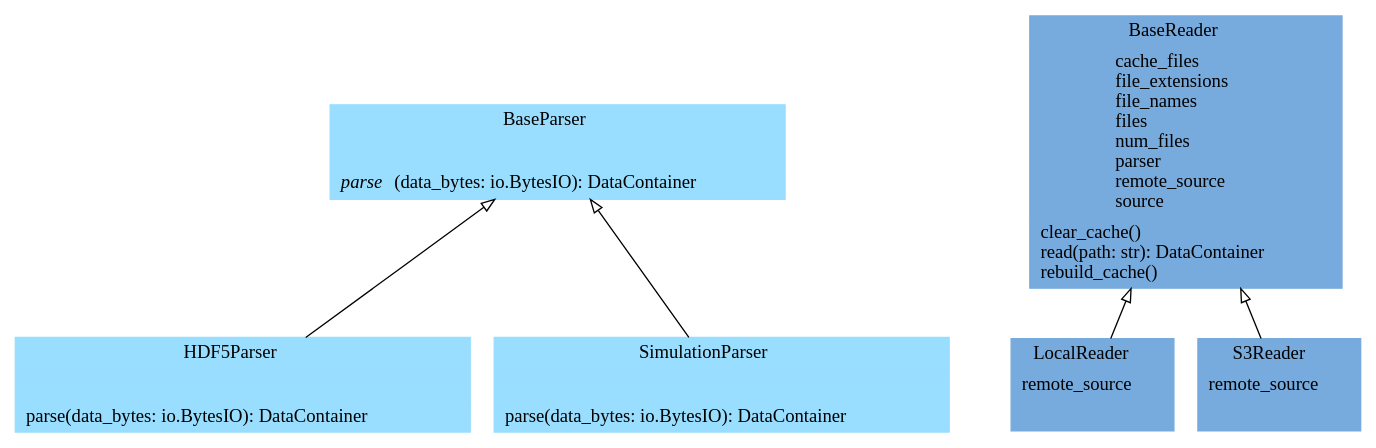
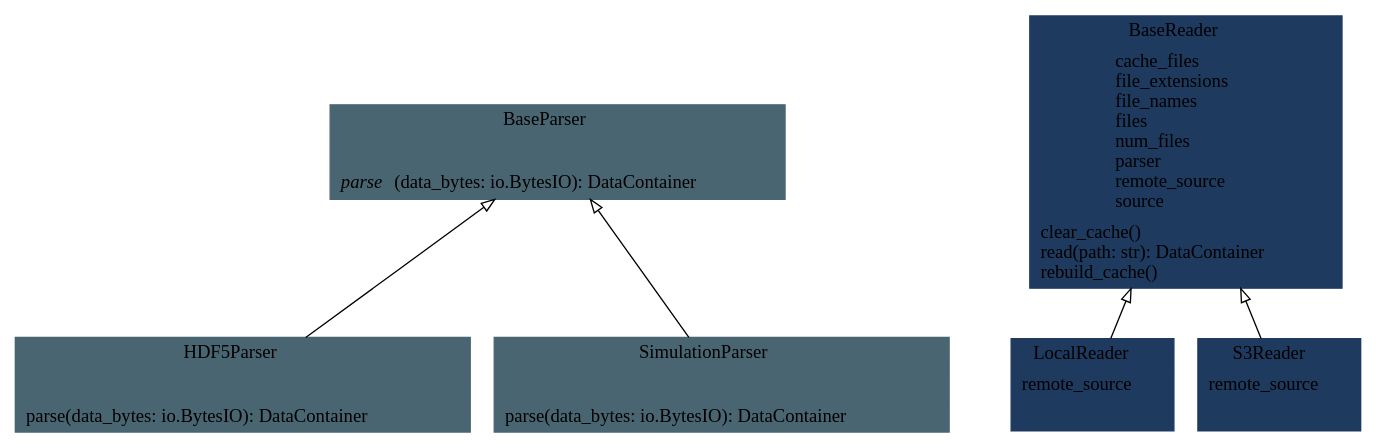
The diagram in docs/pyreverse/classes_pythermondt.readers.gv (voidsy-gmbh/pyThermoNDT), drawn with Graphviz before and after one commit. The commit also changed 25 other files, not shown here.

Commit message:
Update pyreverse diagrams

```diff
--- a/docs/pyreverse/classes_pythermondt.readers.gv
+++ b/docs/pyreverse/classes_pythermondt.readers.gv
@@ -1,14 +1,14 @@
 digraph "classes_pythermondt.readers" {
 rankdir=BT
 charset="utf-8"
-"pythermondt.readers.parsers.base_parser.BaseParser" [color="#99DDFF", fontcolor="black", label=<{BaseParser|<br ALIGN="LEFT"/>|<I>parse</I>(data_bytes: io.BytesIO): DataContainer<br ALIGN="LEFT"/>}>, shape="record", style="filled"];
-"pythermondt.readers.base_reader.BaseReader" [color="#77AADD", fontcolor="black", label=<{BaseReader|cache_files<br ALIGN="LEFT"/>file_extensions<br ALIGN="LEFT"/>file_names<br ALIGN="LEFT"/>files<br ALIGN="LEFT"/>num_files<br ALIGN="LEFT"/>parser<br ALIGN="LEFT"/>remote_source<br ALIGN="LEFT"/>source<br ALIGN="LEFT"/>|clear_cache()<br ALIGN="LEFT"/>read(path: str): DataContainer<br ALIGN="LEFT"/>rebuild_cache()<br ALIGN="LEFT"/>}>, shape="record", style="filled"];
-"pythermondt.readers.parsers.hdf5_parser.HDF5Parser" [color="#99DDFF", fontcolor="black", label=<{HDF5Parser|<br ALIGN="LEFT"/>|parse(data_bytes: io.BytesIO): DataContainer<br ALIGN="LEFT"/>}>, shape="record", style="filled"];
-"pythermondt.readers.local_reader.LocalReader" [color="#77AADD", fontcolor="black", label=<{LocalReader|remote_source<br ALIGN="LEFT"/>|}>, shape="record", style="filled"];
-"pythermondt.readers.s3_reader.S3Reader" [color="#77AADD", fontcolor="black", label=<{S3Reader|remote_source<br ALIGN="LEFT"/>|}>, shape="record", style="filled"];
-"pythermondt.readers.parsers.simulation_parser.SimulationParser" [color="#99DDFF", fontcolor="black", label=<{SimulationParser|<br ALIGN="LEFT"/>|parse(data_bytes: io.BytesIO): DataContainer<br ALIGN="LEFT"/>}>, shape="record", style="filled"];
+"pythermondt.readers.parsers.base_parser.BaseParser" [color="#4A6572", fontcolor="black", label=<{BaseParser|<br ALIGN="LEFT"/>|<I>parse</I>(data_bytes: io.BytesIO): DataContainer<br ALIGN="LEFT"/>}>, shape="record", style="filled"];
+"pythermondt.readers.base_reader.BaseReader" [color="#1E3A5F", fontcolor="black", label=<{BaseReader|cache_files<br ALIGN="LEFT"/>file_extensions<br ALIGN="LEFT"/>file_names<br ALIGN="LEFT"/>files<br ALIGN="LEFT"/>num_files<br ALIGN="LEFT"/>parser<br ALIGN="LEFT"/>remote_source<br ALIGN="LEFT"/>source<br ALIGN="LEFT"/>|clear_cache()<br ALIGN="LEFT"/>read(path: str): DataContainer<br ALIGN="LEFT"/>rebuild_cache()<br ALIGN="LEFT"/>}>, shape="record", style="filled"];
+"pythermondt.readers.parsers.hdf5_parser.HDF5Parser" [color="#4A6572", fontcolor="black", label=<{HDF5Parser|<br ALIGN="LEFT"/>|parse(data_bytes: io.BytesIO): DataContainer<br ALIGN="LEFT"/>}>, shape="record", style="filled"];
+"pythermondt.readers.local_reader.LocalReader" [color="#1E3A5F", fontcolor="black", label=<{LocalReader|remote_source<br ALIGN="LEFT"/>|}>, shape="record", style="filled"];
+"pythermondt.readers.s3_reader.S3Reader" [color="#1E3A5F", fontcolor="black", label=<{S3Reader|remote_source<br ALIGN="LEFT"/>|}>, shape="record", style="filled"];
+"pythermondt.readers.parsers.simulation_parser.SimulationParser" [color="#4A6572", fontcolor="black", label=<{SimulationParser|<br ALIGN="LEFT"/>|parse(data_bytes: io.BytesIO): DataContainer<br ALIGN="LEFT"/>}>, shape="record", style="filled"];
 "pythermondt.readers.local_reader.LocalReader" -> "pythermondt.readers.base_reader.BaseReader" [arrowhead="empty", arrowtail="none"];
 "pythermondt.readers.parsers.hdf5_parser.HDF5Parser" -> "pythermondt.readers.parsers.base_parser.BaseParser" [arrowhead="empty", arrowtail="none"];
 "pythermondt.readers.parsers.simulation_parser.SimulationParser" -> "pythermondt.readers.parsers.base_parser.BaseParser" [arrowhead="empty", arrowtail="none"];
 "pythermondt.readers.s3_reader.S3Reader" -> "pythermondt.readers.base_reader.BaseReader" [arrowhead="empty", arrowtail="none"];
 }
```
